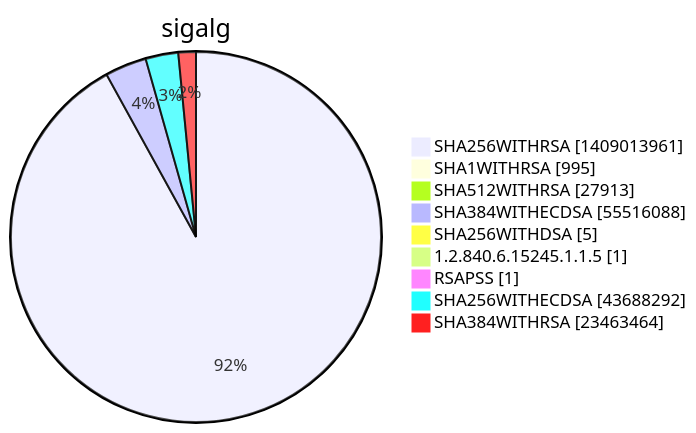
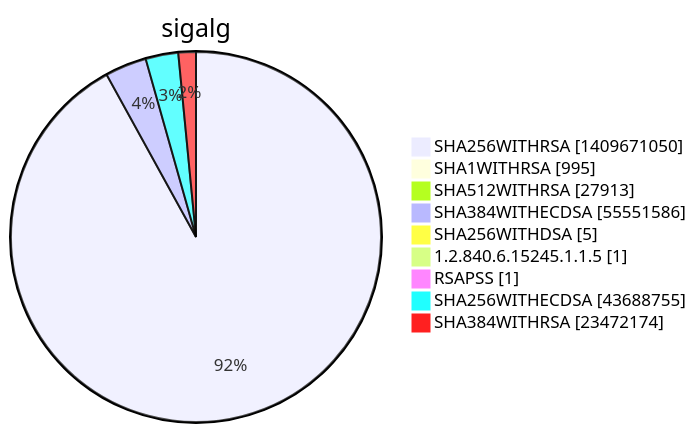
Before and after one commit to christiankrug/ctmonitor_visualization: diagram 15 of 15 in xenon2022/README.md, drawn with Mermaid. The commit also changed other lines of this file, not shown here.

````diff
--- a/xenon2022/README.md
+++ b/xenon2022/README.md
@@ -5858,13 +5858,13 @@
 ```mermaid
 pie showData
 title sigalg
-"SHA256WITHRSA" :1409013961
+"SHA256WITHRSA" :1409671050
 "SHA1WITHRSA" :995
 "SHA512WITHRSA" :27913
-"SHA384WITHECDSA" :55516088
+"SHA384WITHECDSA" :55551586
 "SHA256WITHDSA" :5
 "1.2.840.6.15245.1.1.5" :1
 "RSAPSS" :1
-"SHA256WITHECDSA" :43688292
-"SHA384WITHRSA" :23463464
+"SHA256WITHECDSA" :43688755
+"SHA384WITHRSA" :23472174
 ```
````
